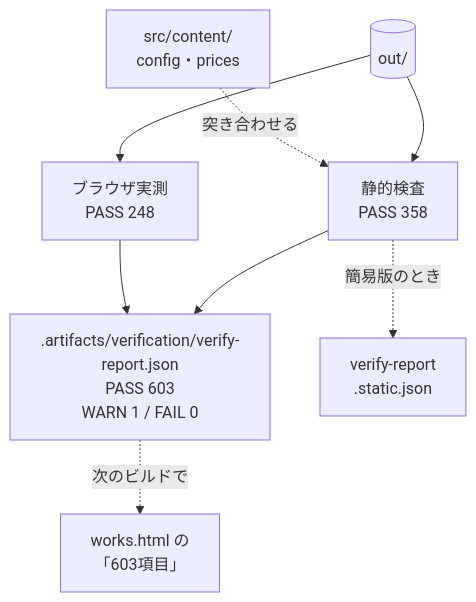
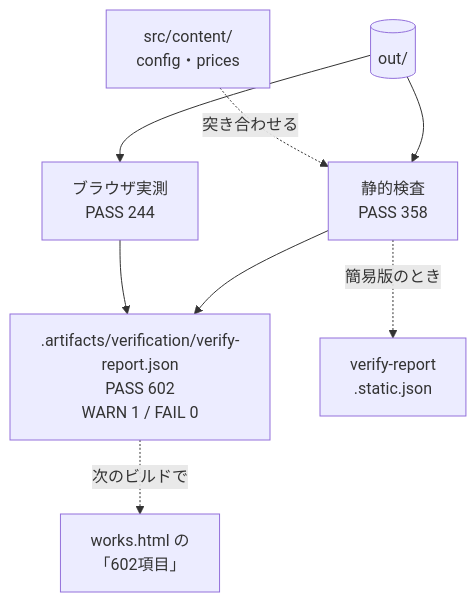
The third of 4 diagrams in docs/development.md (bright-broom/tsumugi), drawn with Mermaid before and after one commit. The commit also changed 20 other files, not shown here.

Commit message:
design: simplify components around content and reading flow

````diff
--- a/docs/development.md
+++ b/docs/development.md
@@ -69,10 +69,10 @@
 ```mermaid
 flowchart TD
   out[("out/")] --> st["静的検査<br/>PASS 358"]
-  out --> br["ブラウザ実測<br/>PASS 248"]
+  out --> br["ブラウザ実測<br/>PASS 244"]
   content["src/content/<br/>config・prices"] -.->|突き合わせる| st
-  st --> full[".artifacts/verification/verify-report.json<br/>PASS 603<br/>WARN 1 / FAIL 0"]
+  st --> full[".artifacts/verification/verify-report.json<br/>PASS 602<br/>WARN 1 / FAIL 0"]
   br --> full
   st -.->|簡易版のとき| static["verify-report<br/>.static.json"]
-  full -.->|次のビルドで| works["works.html の<br/>「603項目」"]
+  full -.->|次のビルドで| works["works.html の<br/>「602項目」"]
 ```
````
